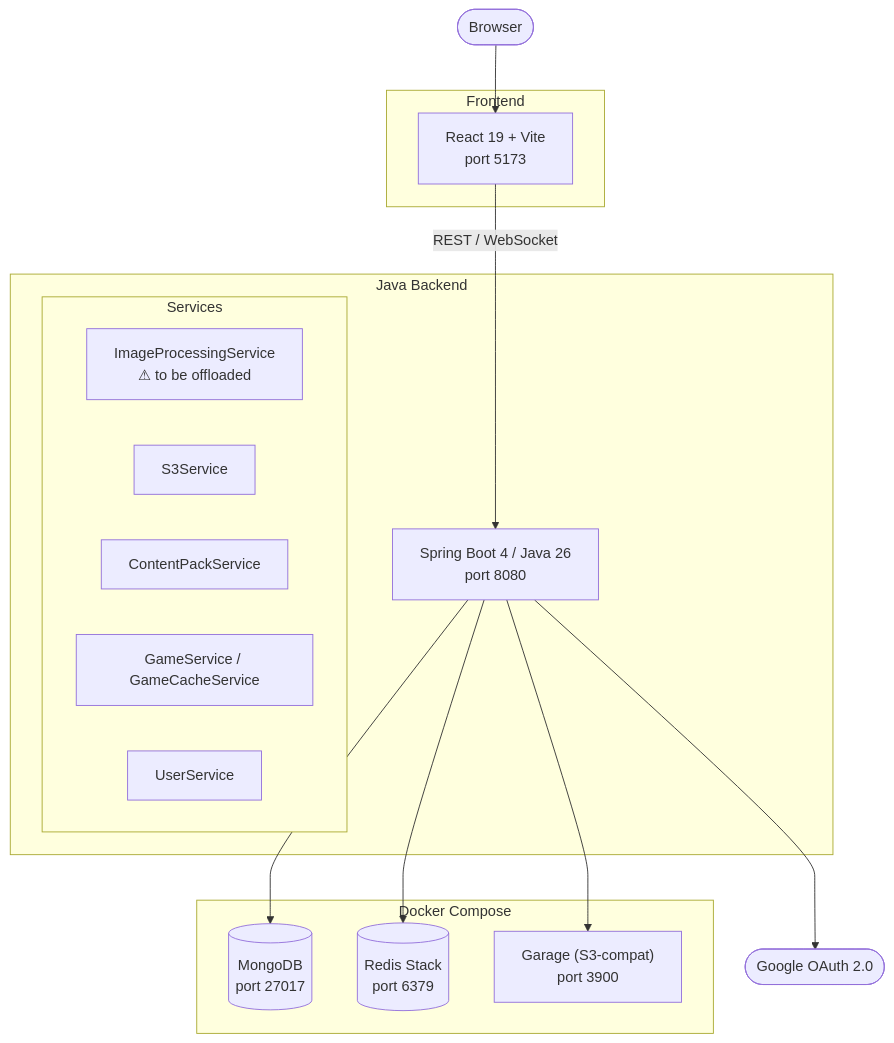
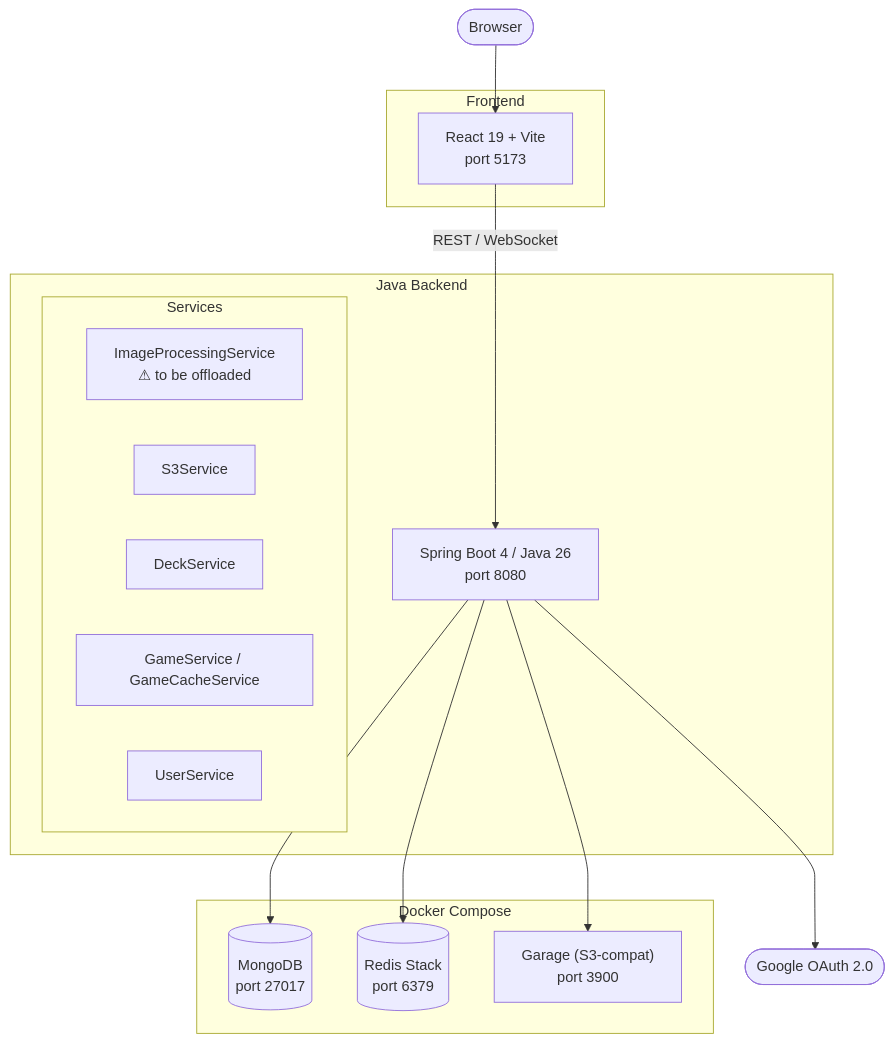
Before and after one commit to Saganaut/BrainFlex: the first of 3 diagrams in INFRASTRUCTURE.md, drawn with Mermaid. The commit also changed 32 other files, not shown here.

````diff
--- a/INFRASTRUCTURE.md
+++ b/INFRASTRUCTURE.md
@@ -9,34 +9,34 @@
 ```mermaid
 flowchart TB
     Browser(["Browser"])
 
     subgraph FE["Frontend"]
         Vite["React 19 + Vite\nport 5173"]
     end
 
     subgraph BE["Java Backend"]
         SpringBoot["Spring Boot 4 / Java 26\nport 8080"]
         subgraph Services["Services"]
             ImageSvc["ImageProcessingService\n⚠ to be offloaded"]
             S3Svc["S3Service"]
-            ContentSvc["ContentPackService"]
+            ContentSvc["DeckService"]
             GameSvc["GameService / GameCacheService"]
             UserSvc["UserService"]
         end
     end
 
     subgraph Docker["Docker Compose"]
         MongoDB[("MongoDB\nport 27017")]
         Redis[("Redis Stack\nport 6379")]
         Garage["Garage (S3-compat)\nport 3900"]
     end
 
     GoogleOAuth(["Google OAuth 2.0"])
 
     Browser --> Vite
     Vite -- "REST / WebSocket" --> SpringBoot
     SpringBoot --> MongoDB
     SpringBoot --> Redis
     SpringBoot --> Garage
     SpringBoot --> GoogleOAuth
 ```
````
